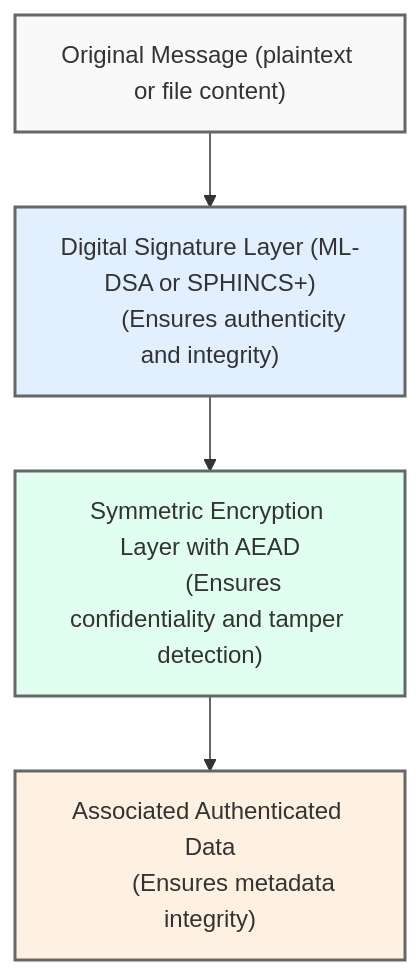
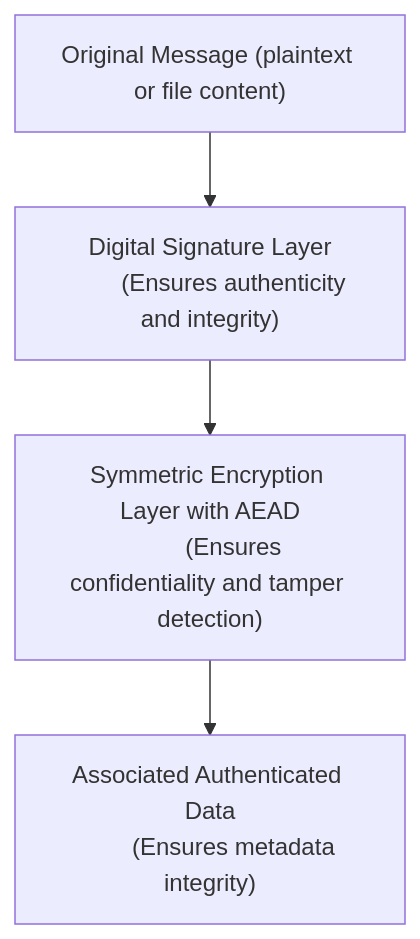
The third of 3 diagrams in docs/architecture.md (DivinityQQ/quantum-resistant-p2p), drawn with Mermaid before and after one commit.

Commit message:
Make Message Security Model flowchart nicer

````diff
--- a/docs/architecture.md
+++ b/docs/architecture.md
@@ -204,17 +204,12 @@
 ```mermaid
 flowchart TD
     A["Original Message (plaintext or file content)"]
-    B["Digital Signature Layer (ML-DSA or SPHINCS+)
+    B["Digital Signature Layer
         (Ensures authenticity and integrity)"]
     C["Symmetric Encryption Layer with AEAD
         (Ensures confidentiality and tamper detection)"]
     D["Associated Authenticated Data
         (Ensures metadata integrity)"]
     
     A --> B --> C --> D
-    
-    style A fill:#f9f9f9,stroke:#666,stroke-width:2px
-    style B fill:#e1efff,stroke:#666,stroke-width:2px
-    style C fill:#e1fff1,stroke:#666,stroke-width:2px
-    style D fill:#fff1e1,stroke:#666,stroke-width:2px
 ```
````
